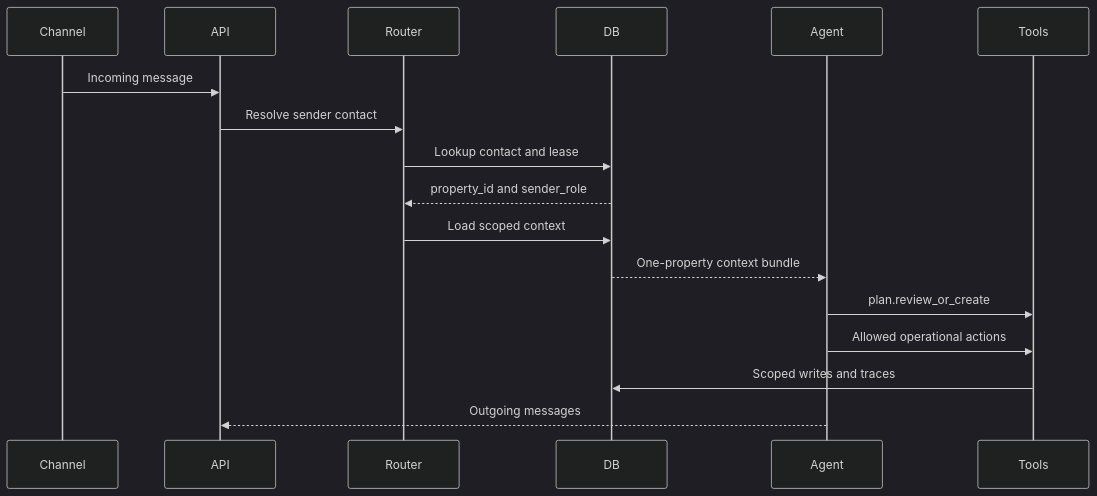
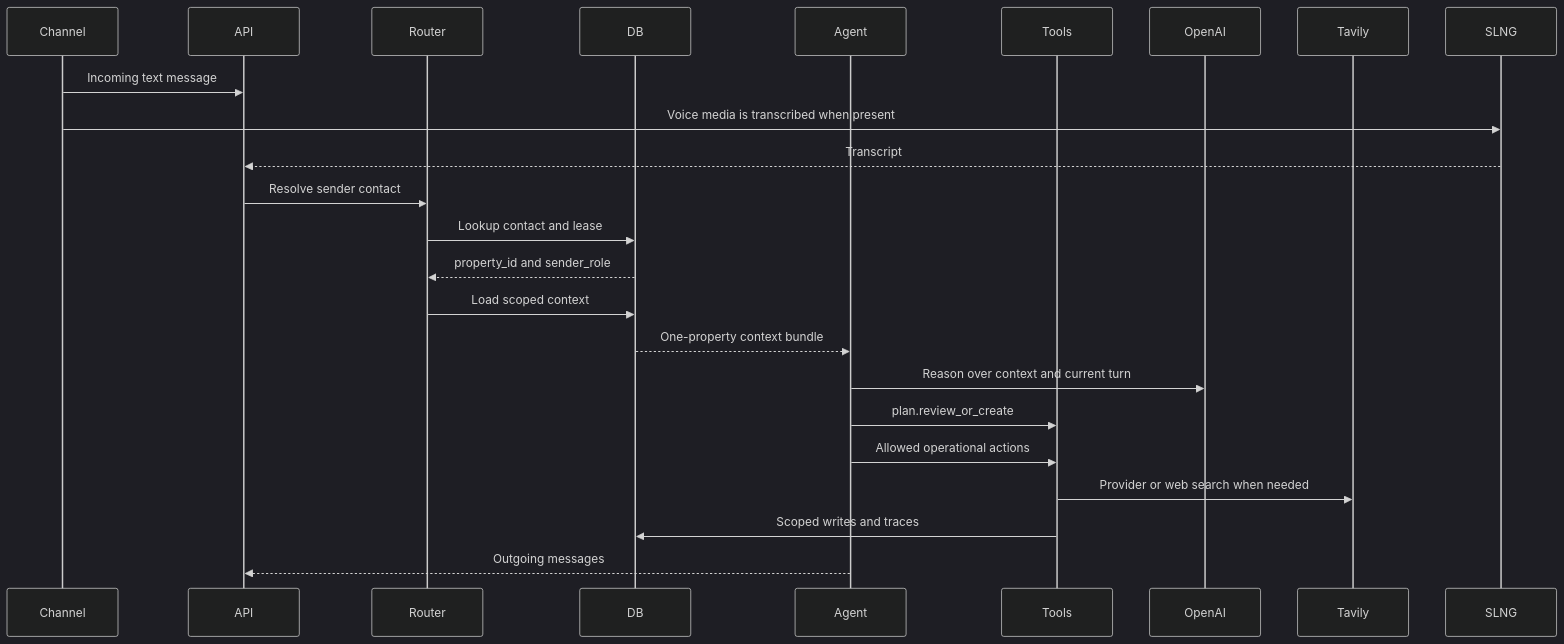
The second of 2 diagrams in docs/02-architecture.md (hamza-hnt/Chris.ai), drawn with Mermaid (dark theme) before and after one commit. The commit also changed other lines of this file and 14 other files, not shown here.

````diff
--- a/docs/02-architecture.md
+++ b/docs/02-architecture.md
@@ -56,20 +61,27 @@
 ```mermaid
 sequenceDiagram
     participant Channel
     participant API
     participant Router
     participant DB
     participant Agent
     participant Tools
+    participant OpenAI
+    participant Tavily
+    participant SLNG
 
-    Channel->>API: Incoming message
+    Channel->>API: Incoming text message
+    Channel->>SLNG: Voice media is transcribed when present
+    SLNG-->>API: Transcript
     API->>Router: Resolve sender contact
     Router->>DB: Lookup contact and lease
     DB-->>Router: property_id and sender_role
     Router->>DB: Load scoped context
     DB-->>Agent: One-property context bundle
+    Agent->>OpenAI: Reason over context and current turn
     Agent->>Tools: plan.review_or_create
     Agent->>Tools: Allowed operational actions
+    Tools->>Tavily: Provider or web search when needed
     Tools->>DB: Scoped writes and traces
     Agent-->>API: Outgoing messages
 ```
````
